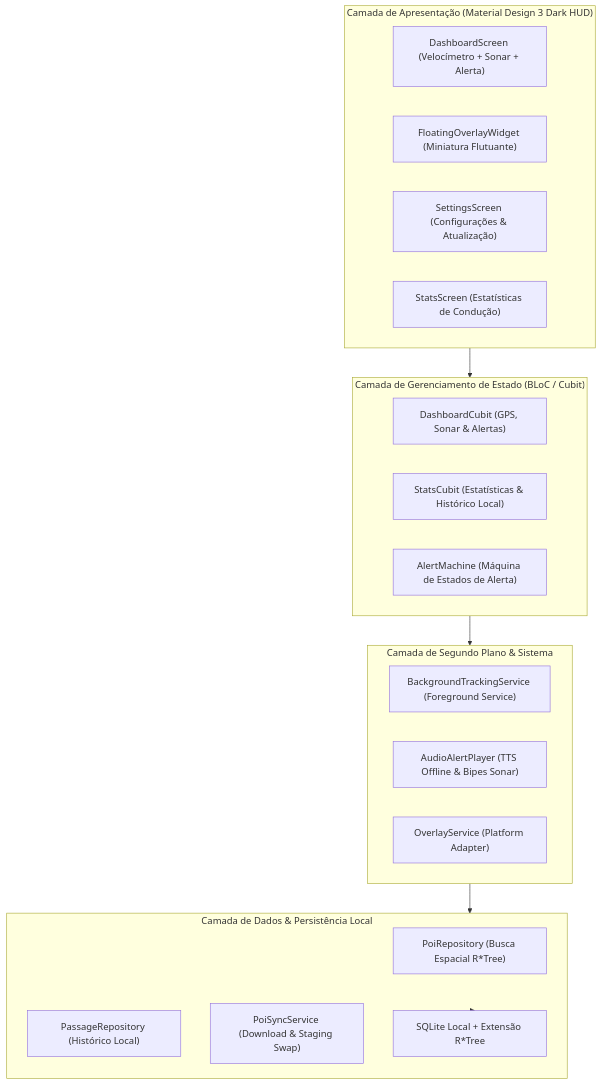
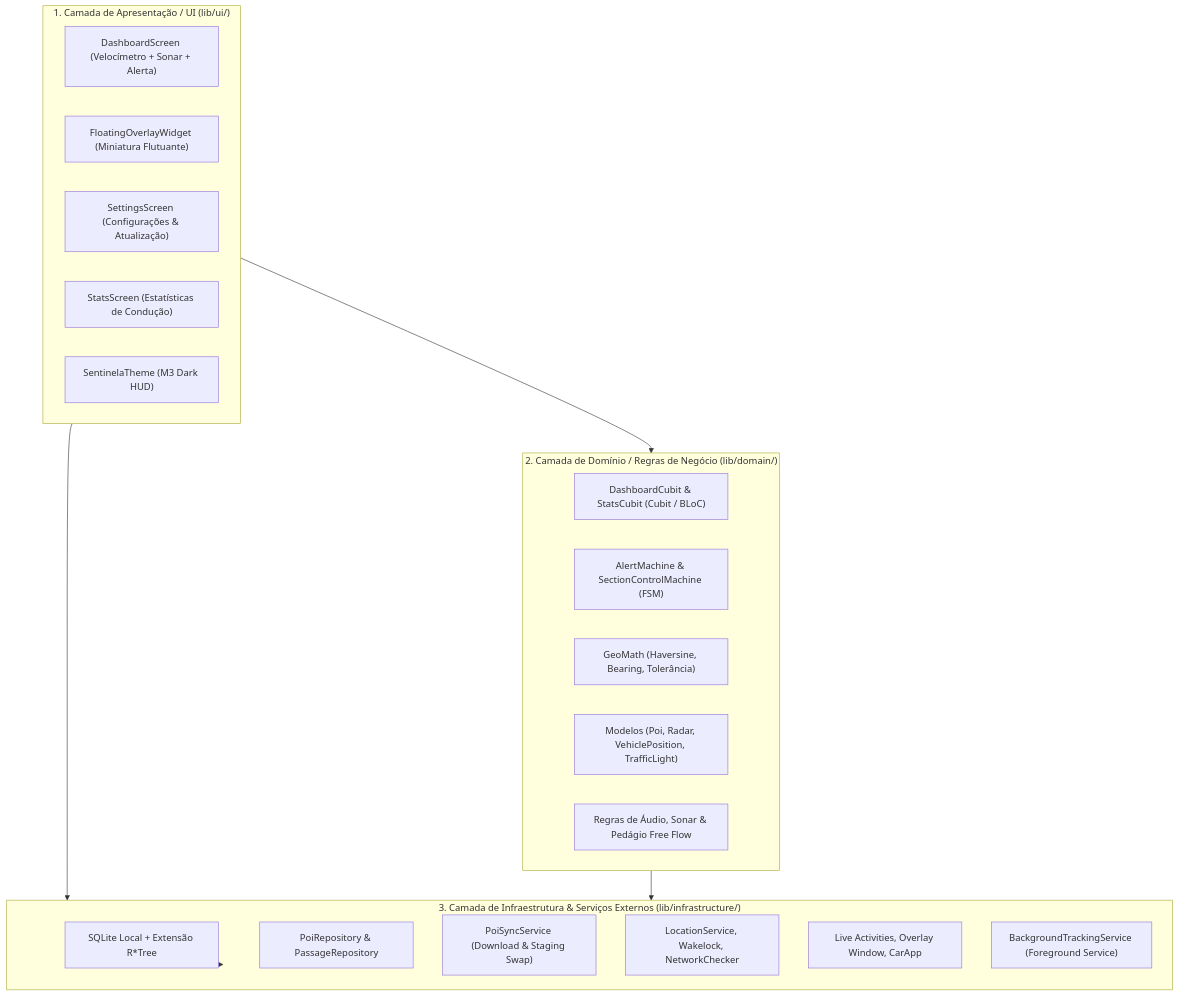
Before and after one commit to thcborges/sentinela-radar: the diagram in docs/guide/arquitetura.md, drawn with Mermaid. The commit also changed other lines of this file, not shown here.

````diff
--- a/docs/guide/arquitetura.md
+++ b/docs/guide/arquitetura.md
@@ -9,33 +11,32 @@
 ```mermaid
 flowchart TD
-    subgraph UI ["Camada de Apresentação (Material Design 3 Dark HUD)"]
+    subgraph UI ["1. Camada de Apresentação / UI (lib/ui/)"]
         DashboardScreen["DashboardScreen (Velocímetro + Sonar + Alerta)"]
         FloatingOverlayWidget["FloatingOverlayWidget (Miniatura Flutuante)"]
         SettingsScreen["SettingsScreen (Configurações & Atualização)"]
         StatsScreen["StatsScreen (Estatísticas de Condução)"]
+        Theme["SentinelaTheme (M3 Dark HUD)"]
     end
 
-    subgraph State ["Camada de Gerenciamento de Estado (BLoC / Cubit)"]
-        DashboardCubit["DashboardCubit (GPS, Sonar & Alertas)"]
-        StatsCubit["StatsCubit (Estatísticas & Histórico Local)"]
-        AlertMachine["AlertMachine (Máquina de Estados de Alerta)"]
+    subgraph Domain ["2. Camada de Domínio / Regras de Negócio (lib/domain/)"]
+        DashboardCubit["DashboardCubit & StatsCubit (Cubit / BLoC)"]
+        AlertMachine["AlertMachine & SectionControlMachine (FSM)"]
+        GeoMath["GeoMath (Haversine, Bearing, Tolerância)"]
+        DomainModels["Modelos (Poi, Radar, VehiclePosition, TrafficLight)"]
+        AudioRules["Regras de Áudio, Sonar & Pedágio Free Flow"]
     end
 
-    subgraph Background ["Camada de Segundo Plano & Sistema"]
+    subgraph Infra ["3. Camada de Infraestrutura & Serviços Externos (lib/infrastructure/)"]
+        SqliteDb["SQLite Local + Extensão R*Tree"]
+        Repositories["PoiRepository & PassageRepository"]
+        SyncService["PoiSyncService (Download & Staging Swap)"]
+        HardwareSensors["LocationService, Wakelock, NetworkChecker"]
+        PlatformChannels["Live Activities, Overlay Window, CarApp"]
         BackgroundService["BackgroundTrackingService (Foreground Service)"]
-        AudioPlayer["AudioAlertPlayer (TTS Offline & Bipes Sonar)"]
-        OverlayService["OverlayService (Platform Adapter)"]
     end
 
-    subgraph Data ["Camada de Dados & Persistência Local"]
-        PoiRepository["PoiRepository (Busca Espacial R*Tree)"]
-        PassageRepository["PassageRepository (Histórico Local)"]
-        SyncService["PoiSyncService (Download & Staging Swap)"]
-        SQLite["SQLite Local + Extensão R*Tree"]
-    end
-
-    UI --> State
-    State --> Background
-    Background --> Data
-    Data --> SQLite
+    UI --> Domain
+    UI --> Infra
+    Domain --> Infra
+    Infra --> SqliteDb
 ```
````
